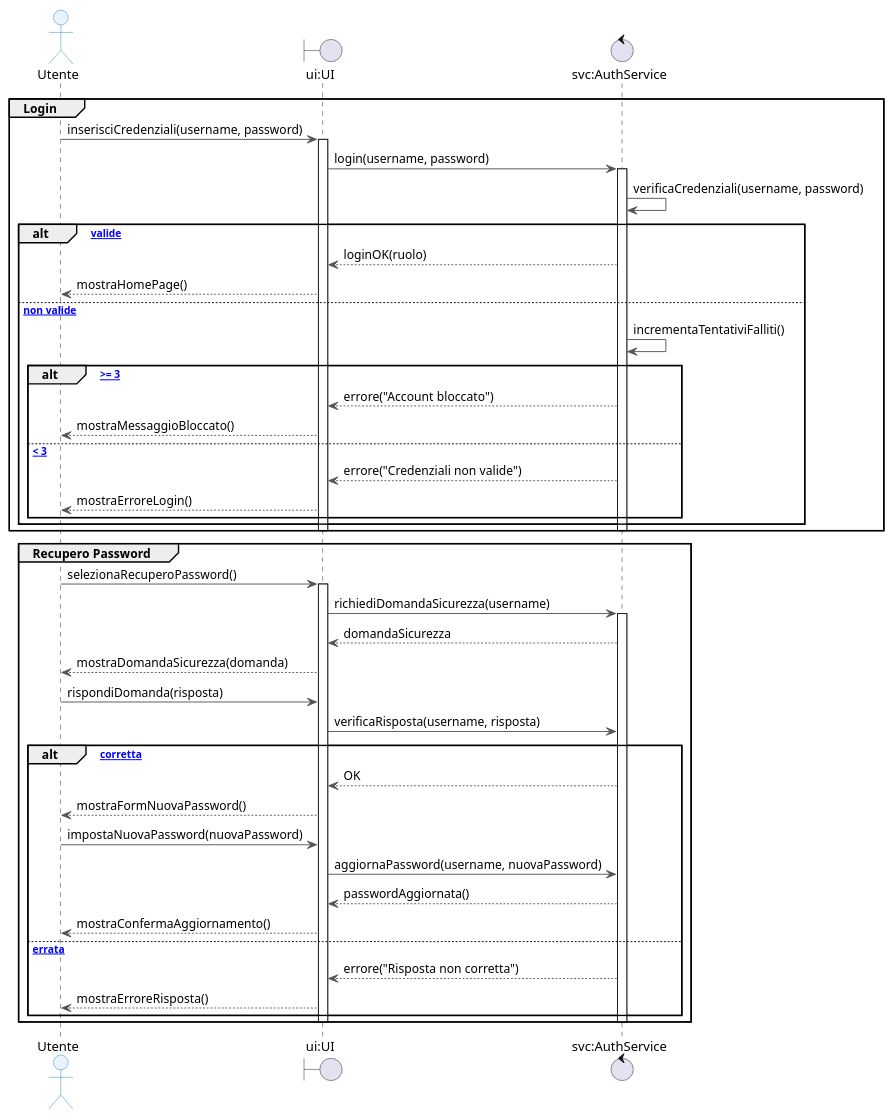
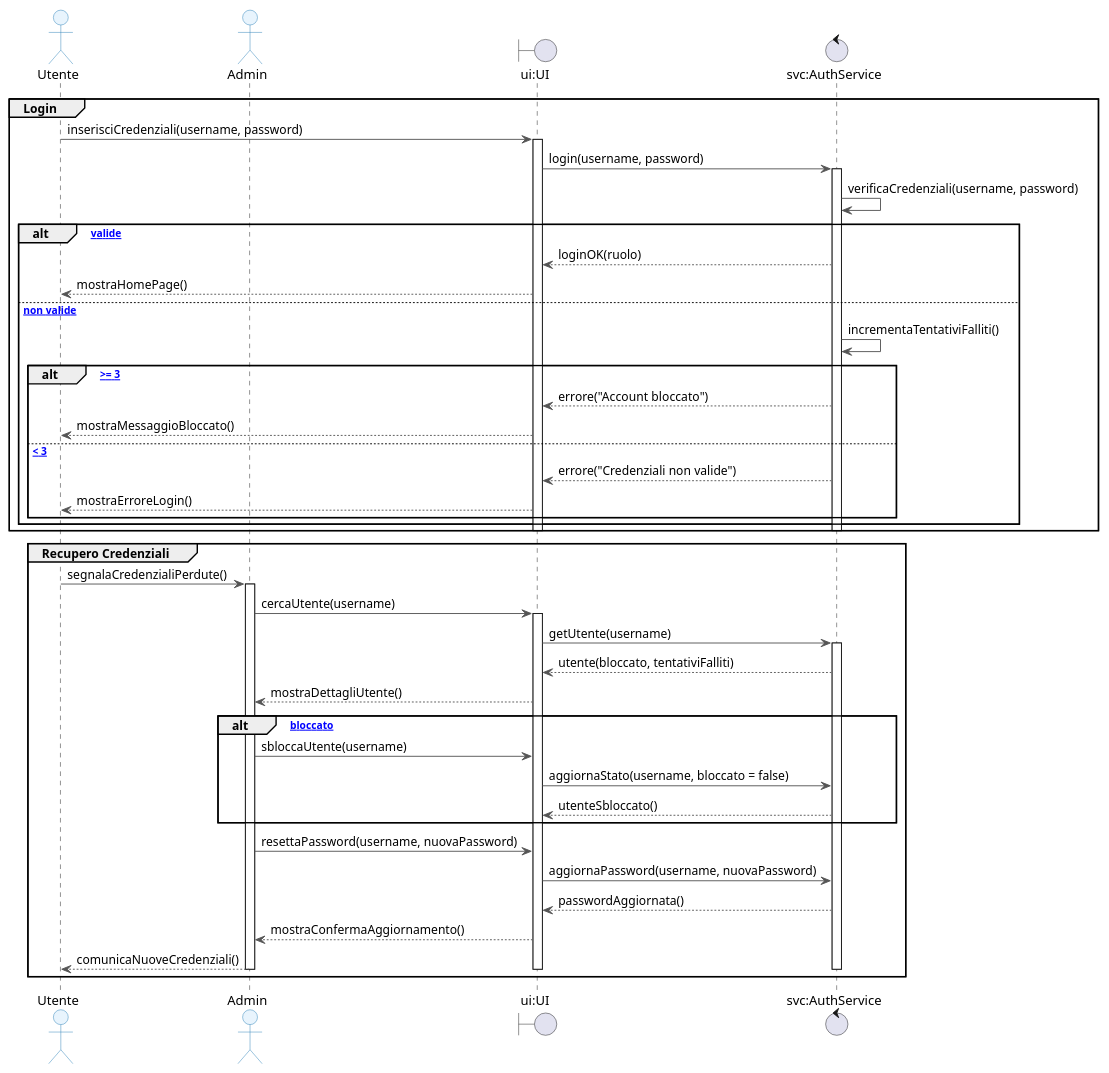
One commit to Dyved33/Appunti-secondo-anno-informatica changed the diagram in Ingegneria del software/Progetto/documentazione/uml/UC1_login_sequence.puml. Above: the diagram before and after it, drawn with PlantUML. The commit also changed other lines of this file and 228 other files, not shown here.

```diff
--- a/Ingegneria del software/Progetto/documentazione/uml/UC1_login_sequence.puml
+++ b/Ingegneria del software/Progetto/documentazione/uml/UC1_login_sequence.puml
@@ -1,67 +1,68 @@
 @startuml UC1_Login_SD
 
 skinparam sequence {
   ArrowColor      #555555
   ParticipantBackgroundColor #FAFAFA
   ParticipantBorderColor #333333
   ActorBackgroundColor #E8F4FD
   ActorBorderColor #2980B9
 }
 
 actor    "Utente"          as User
+actor    "Admin"  as Admin
 boundary "ui:UI"           as UI
 control  "svc:AuthService" as Auth
 
 ' ── FLUSSO PRINCIPALE: Login ─────────────────────────────────────
 group Login
   User -> UI : inserisciCredenziali(username, password)
   activate UI
   UI -> Auth : login(username, password)
   activate Auth
   Auth -> Auth : verificaCredenziali(username, password)
 
   alt [credenziali valide]
     Auth --> UI : loginOK(ruolo)
     UI --> User : mostraHomePage()
   else [credenziali non valide]
     Auth -> Auth : incrementaTentativiFalliti()
     alt [tentativiFalliti >= 3]
       Auth --> UI : errore("Account bloccato")
       UI --> User : mostraMessaggioBloccato()
     else [tentativiFalliti < 3]
       Auth --> UI : errore("Credenziali non valide")
       UI --> User : mostraErroreLogin()
     end
   end
   deactivate Auth
   deactivate UI
 end
 
-' ── FLUSSO ALTERNATIVO: Recupero Password ────────────────────────
-group Recupero Password
-  User -> UI : selezionaRecuperoPassword()
+' ── FLUSSO ALTERNATIVO: Recupero Credenziali ─────────────────────
+group Recupero Credenziali
+  User -> Admin : segnalaCredenzialiPerdute()
+  activate Admin
+  Admin -> UI : cercaUtente(username)
   activate UI
-  UI -> Auth : richiediDomandaSicurezza(username)
+  UI -> Auth : getUtente(username)
   activate Auth
-  Auth --> UI : domandaSicurezza
-  UI --> User : mostraDomandaSicurezza(domanda)
+  Auth --> UI : utente(bloccato, tentativiFalliti)
+  UI --> Admin : mostraDettagliUtente()
 
-  User -> UI : rispondiDomanda(risposta)
-  UI -> Auth : verificaRisposta(username, risposta)
+  alt [account bloccato]
+    Admin -> UI : sbloccaUtente(username)
+    UI -> Auth : aggiornaStato(username, bloccato = false)
+    Auth --> UI : utenteSbloccato()
+  end
 
-  alt [risposta corretta]
-    Auth --> UI : OK
-    UI --> User : mostraFormNuovaPassword()
-    User -> UI : impostaNuovaPassword(nuovaPassword)
-    UI -> Auth : aggiornaPassword(username, nuovaPassword)
-    Auth --> UI : passwordAggiornata()
-    UI --> User : mostraConfermaAggiornamento()
-  else [risposta errata]
-    Auth --> UI : errore("Risposta non corretta")
-    UI --> User : mostraErroreRisposta()
-  end
+  Admin -> UI : resettaPassword(username, nuovaPassword)
+  UI -> Auth : aggiornaPassword(username, nuovaPassword)
+  Auth --> UI : passwordAggiornata()
+  UI --> Admin : mostraConfermaAggiornamento()
+  Admin --> User : comunicaNuoveCredenziali()
   deactivate Auth
   deactivate UI
+  deactivate Admin
 end
 
 @enduml
```
